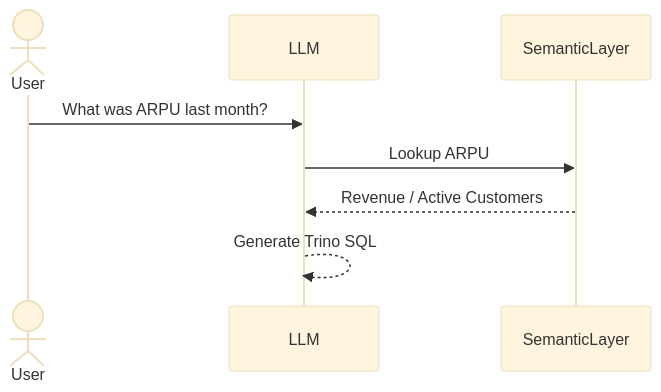
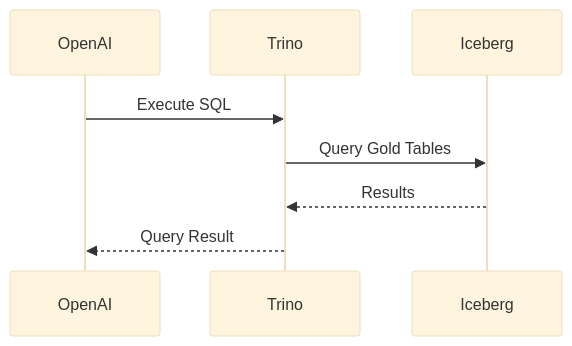
The third of 3 diagrams in arch/10 Text-to-SQL Architecture.md (MAHMOUDMAMDOH8/DataMind-AI), drawn with Mermaid (base theme) before and after one commit. The commit also changed other lines of this file, not shown here.

````diff
--- a/arch/10 Text-to-SQL Architecture.md
+++ b/arch/10 Text-to-SQL Architecture.md
@@ -141,15 +216,15 @@
 ```mermaid
 sequenceDiagram
 
-    actor User
-    participant LLM
-    participant SemanticLayer
+    participant OpenAI
+    participant Trino
+    participant Iceberg
 
-    User->>LLM: What was ARPU last month?
+    OpenAI->>Trino: Execute SQL
 
-    LLM->>SemanticLayer: Lookup ARPU
+    Trino->>Iceberg: Query Gold Tables
 
-    SemanticLayer-->>LLM: Revenue / Active Customers
+    Iceberg-->>Trino: Results
 
-    LLM-->>LLM: Generate Trino SQL
+    Trino-->>OpenAI: Query Result
 ```
````
